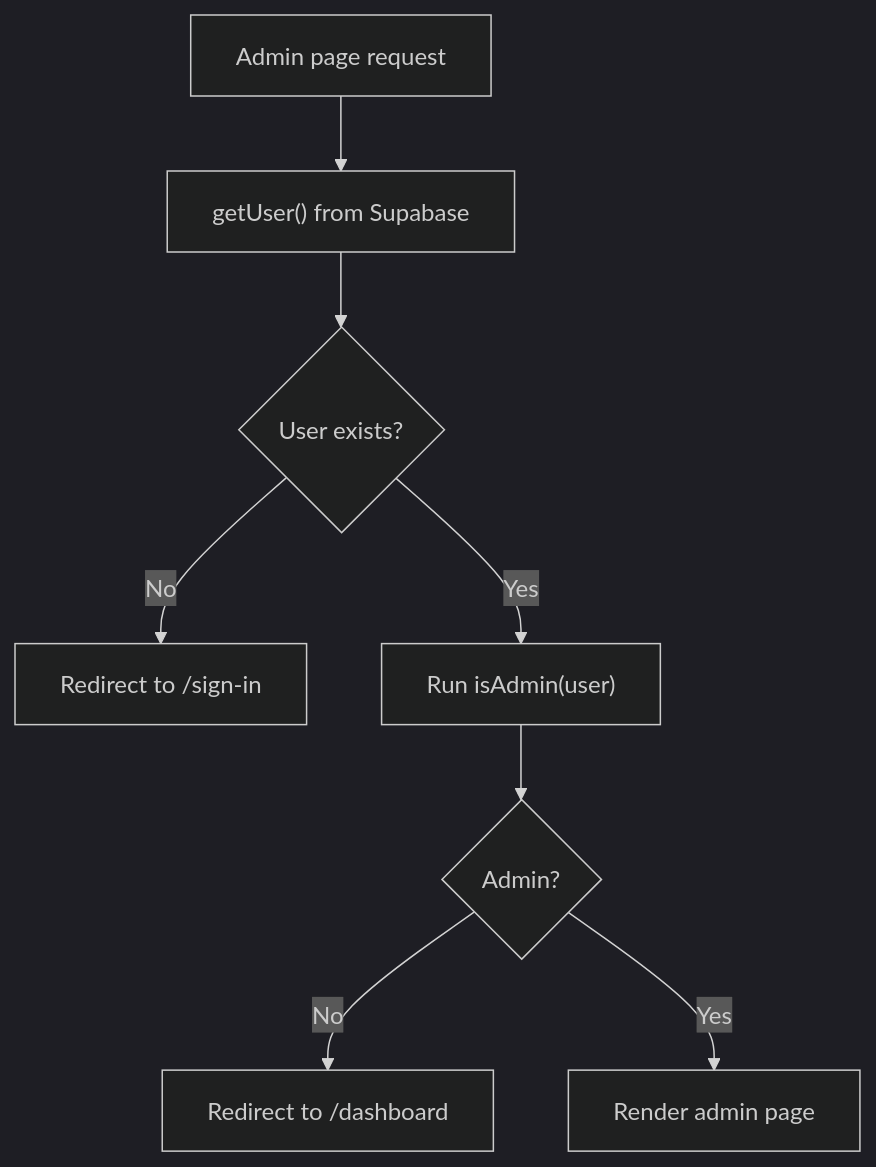
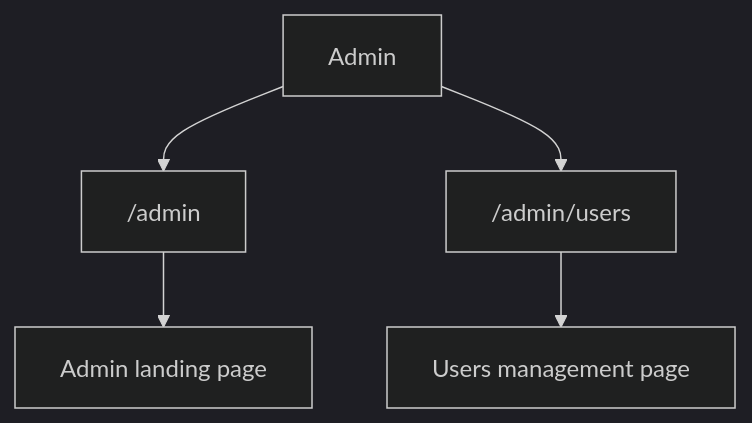
One commit to matthewlovestocode/designated changed the diagram in docs/web/pages/admin-page.md. Above: the diagram before and after it, drawn with Mermaid (dark theme). The commit also changed other lines of this file and 23 other files, not shown here.

Commit message:
Add admin user management

````diff
--- a/docs/web/pages/admin-page.md
+++ b/docs/web/pages/admin-page.md
@@ -170,10 +48,7 @@
 ```mermaid
 flowchart TD
-    A["Admin page request"] --> B["getUser() from Supabase"]
-    B --> C{"User exists?"}
-    C -- No --> D["Redirect to /sign-in"]
-    C -- Yes --> E["Run isAdmin(user)"]
-    E --> F{"Admin?"}
-    F -- No --> G["Redirect to /dashboard"]
-    F -- Yes --> H["Render admin page"]
+    A["Admin"] --> B["/admin"]
+    A --> C["/admin/users"]
+    B --> D["Admin landing page"]
+    C --> E["Users management page"]
 ```
````
